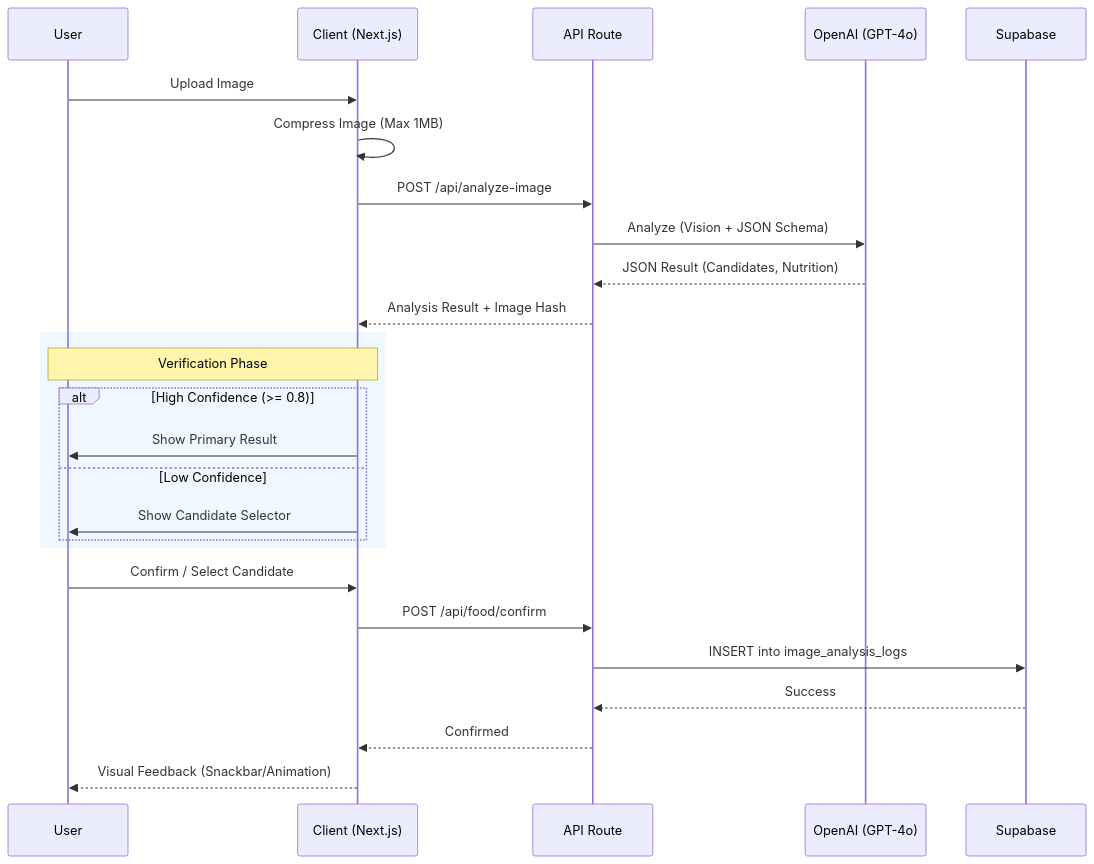
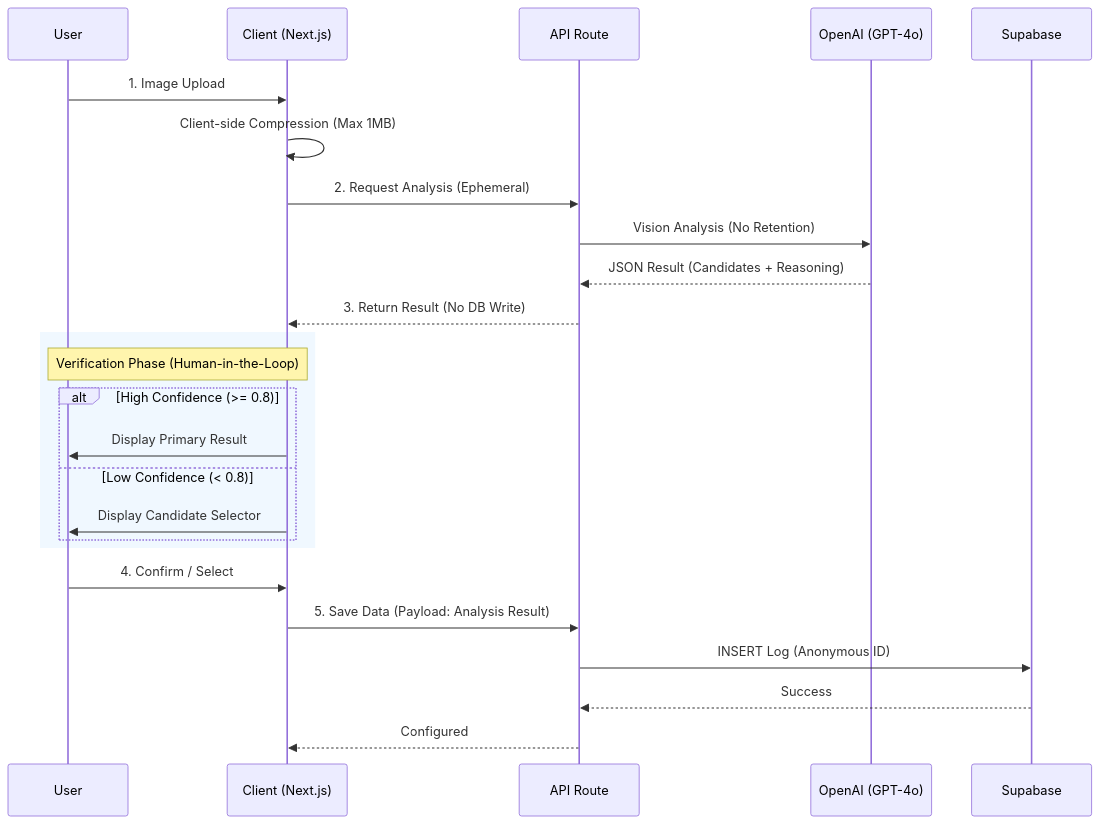
The diagram in README.md (sjwoo1999/MealRo), drawn with Mermaid before and after one commit. The commit also changed other lines of this file, not shown here.

````diff
--- a/README.md
+++ b/README.md
@@ -180,31 +41,30 @@
 ```mermaid
 sequenceDiagram
     participant User
     participant App as Client (Next.js)
     participant API as API Route
     participant AI as OpenAI (GPT-4o)
     participant DB as Supabase
 
-    User->>App: Upload Image
-    App->>App: Compress Image (Max 1MB)
-    App->>API: POST /api/analyze-image
-    API->>AI: Analyze (Vision + JSON Schema)
-    AI-->>API: JSON Result (Candidates, Nutrition)
-    API-->>App: Analysis Result + Image Hash
+    User->>App: 1. Image Upload
+    App->>App: Client-side Compression (Max 1MB)
+    App->>API: 2. Request Analysis (Ephemeral)
+    API->>AI: Vision Analysis (No Retention)
+    AI-->>API: JSON Result (Candidates + Reasoning)
+    API-->>App: 3. Return Result (No DB Write)
     
     rect rgb(240, 248, 255)
-        Note over App, User: Verification Phase
+        Note over App, User: Verification Phase (Human-in-the-Loop)
         alt High Confidence (>= 0.8)
-            App->>User: Show Primary Result
-        else Low Confidence
-            App->>User: Show Candidate Selector
+            App->>User: Display Primary Result
+        else Low Confidence (< 0.8)
+            App->>User: Display Candidate Selector
         end
     end
 
-    User->>App: Confirm / Select Candidate
-    App->>API: POST /api/food/confirm
-    API->>DB: INSERT into image_analysis_logs
+    User->>App: 4. Confirm / Select
+    App->>API: 5. Save Data (Payload: Analysis Result)
+    API->>DB: INSERT Log (Anonymous ID)
     DB-->>API: Success
-    API-->>App: Confirmed
-    App-->>User: Visual Feedback (Snackbar/Animation)
+    API-->>App: Configured
 ```
````
